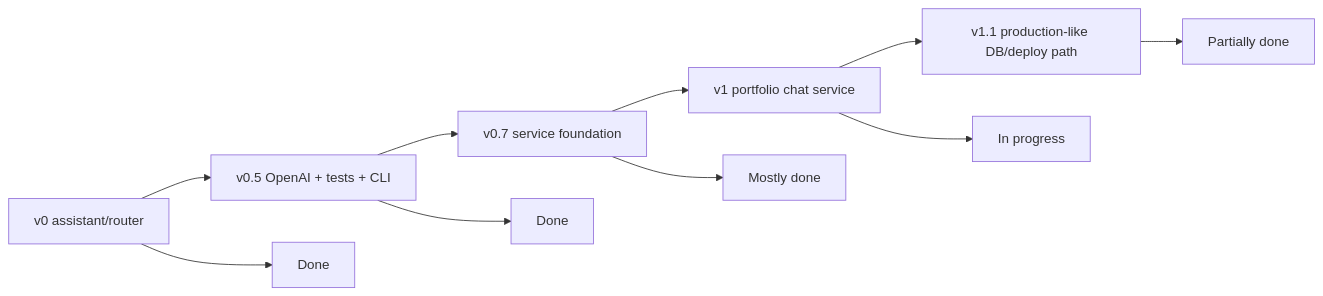
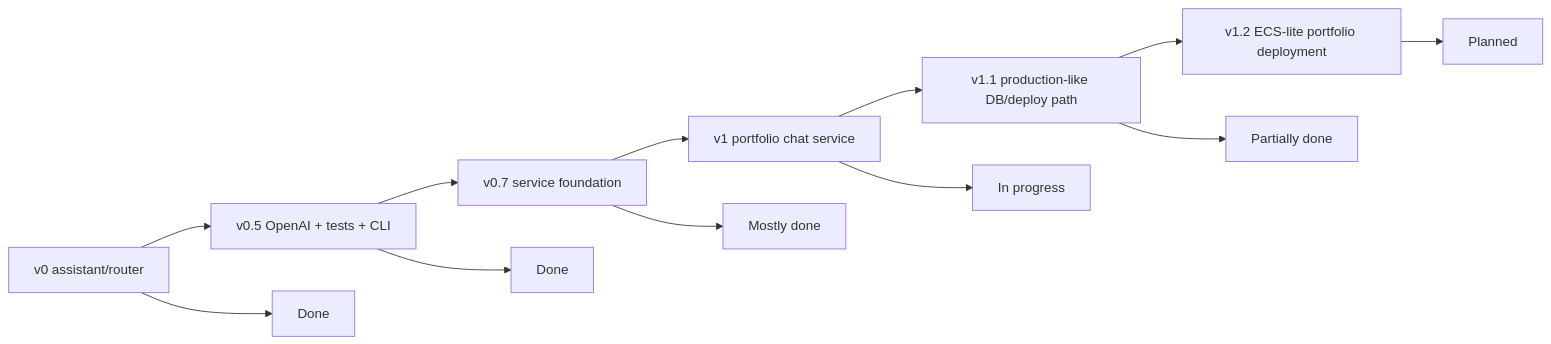
Before and after one commit to heecheon92/my-agents: the diagram in ROADMAP.md, drawn with Mermaid. The commit also changed other lines of this file, not shown here.

First line of the commit message:
Document the lightweight AWS deployment signal

````diff
--- a/ROADMAP.md
+++ b/ROADMAP.md
@@ -16,13 +16,15 @@
 ```mermaid
 flowchart LR
     V0["v0 assistant/router"] --> V05["v0.5 OpenAI + tests + CLI"]
     V05 --> V07["v0.7 service foundation"]
     V07 --> V1["v1 portfolio chat service"]
     V1 --> V11["v1.1 production-like DB/deploy path"]
+    V11 --> V12["v1.2 ECS-lite portfolio deployment"]
 
     V0 --> V0Done["Done"]
     V05 --> V05Done["Done"]
     V07 --> V07Done["Mostly done"]
     V1 --> V1Wip["In progress"]
     V11 --> V11Wip["Partially done"]
+    V12 --> V12Todo["Planned"]
 ```
````
